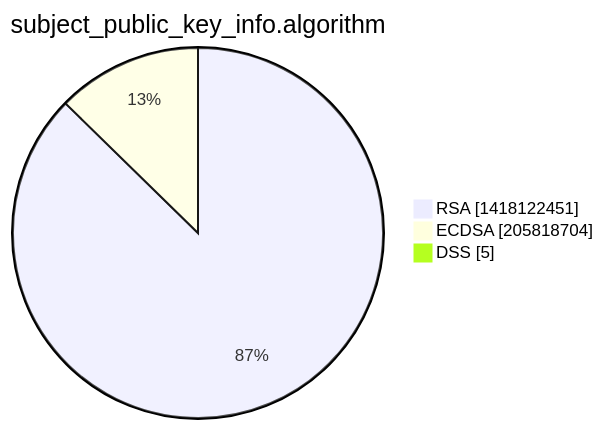
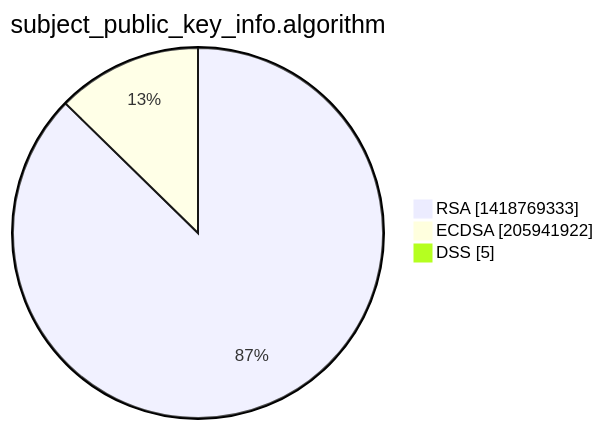
One commit to christiankrug/ctmonitor_visualization changed the third of 15 diagrams in xenon2022/README.md. Above: the diagram before and after it, drawn with Mermaid. The commit also changed other lines of this file, not shown here.

````diff
--- a/xenon2022/README.md
+++ b/xenon2022/README.md
@@ -14,7 +14,7 @@
 ```mermaid
 pie showData
 title subject_public_key_info.algorithm
-"RSA" :1418122451
-"ECDSA" :205818704
+"RSA" :1418769333
+"ECDSA" :205941922
 "DSS" :5
 ```
````
